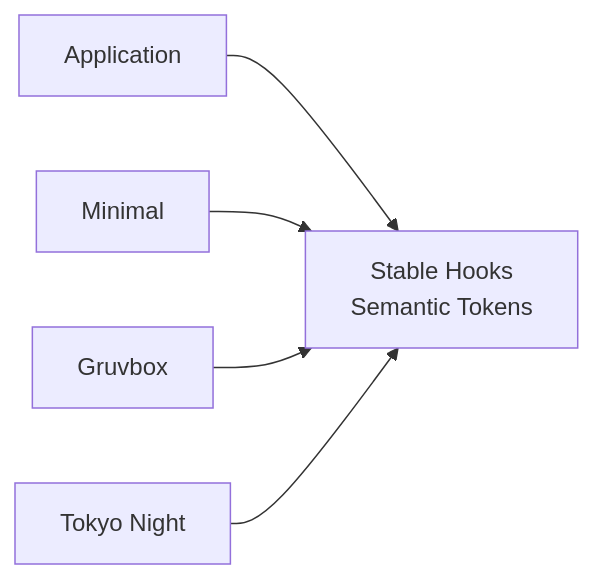
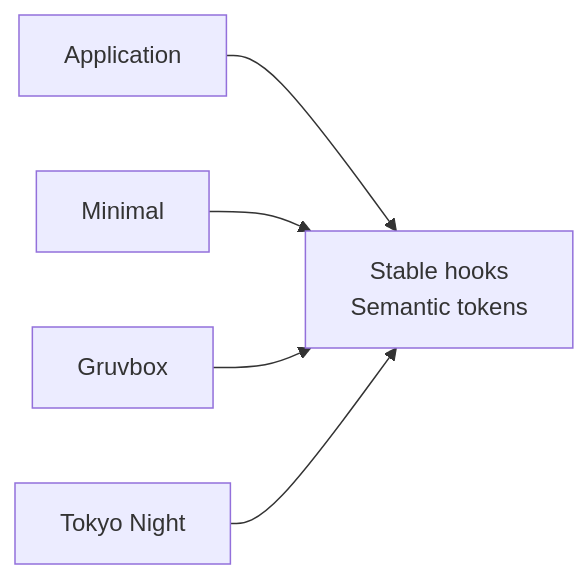
The ninth of 10 diagrams in docs/docs/reference/theme-api.md (Rerurate514/riebeckite), drawn with Mermaid before and after one commit. The commit also changed other lines of this file and 604 other files, not shown here.

````diff
--- a/docs/docs/reference/theme-api.md
+++ b/docs/docs/reference/theme-api.md
@@ -984,15 +617,15 @@
-```mermaid id="jfsn6x"
+```mermaid
 flowchart LR
     App["Application"]
-    Contract["Stable Hooks<br/>Semantic Tokens"]
+    Contract["Stable hooks<br/>Semantic tokens"]
 
     ThemeA["Minimal"]
     ThemeB["Gruvbox"]
     ThemeC["Tokyo Night"]
 
     App --> Contract
 
     ThemeA --> Contract
     ThemeB --> Contract
     ThemeC --> Contract
 ```
````
